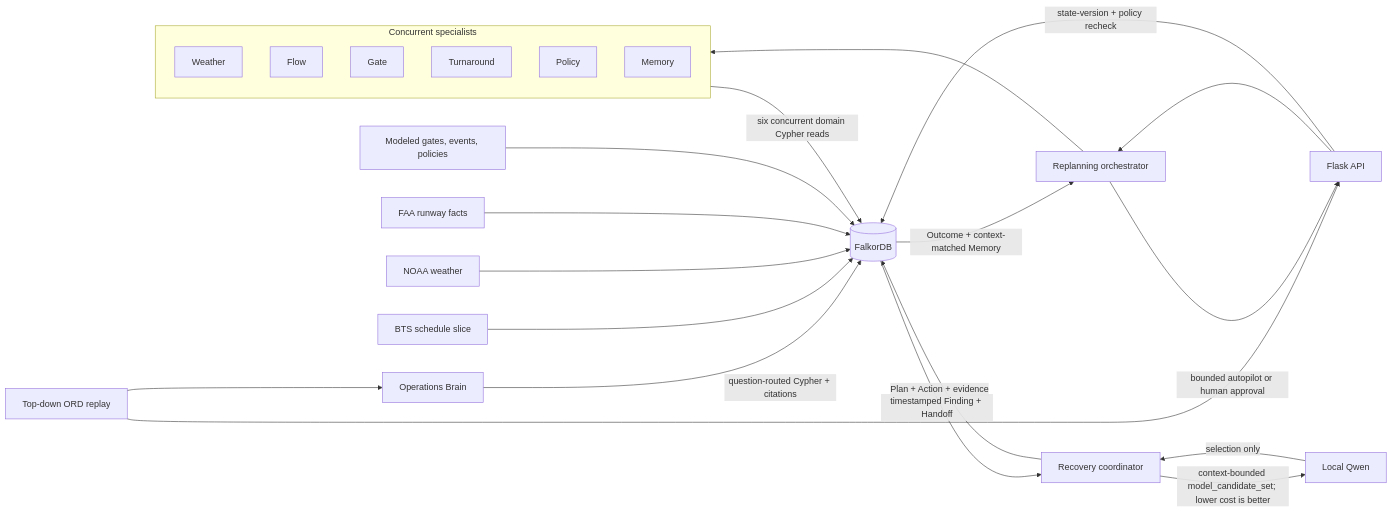
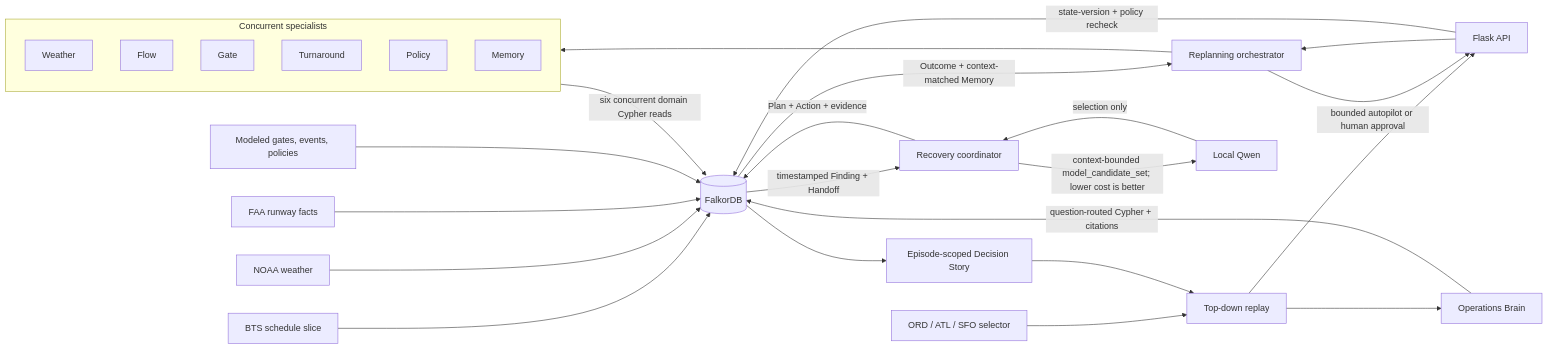
The diagram in docs/architecture.md (SuVI3010/groundgraph), drawn with Mermaid before and after one commit. The commit also changed other lines of this file and 23 other files, not shown here.

Commit message:
feat: simplify decision story and add multi-airport replay

````diff
--- a/docs/architecture.md
+++ b/docs/architecture.md
@@ -5,31 +5,34 @@
 ```mermaid
 flowchart LR
-    UI[Top-down ORD replay] --> API[Flask API]
+    PICK[ORD / ATL / SFO selector] --> UI[Top-down replay]
+    UI --> API[Flask API]
     API --> ORCH[Replanning orchestrator]
 
     subgraph AGENTS[Concurrent specialists]
       WX[Weather]
       FL[Flow]
       GA[Gate]
       TU[Turnaround]
       PO[Policy]
       ME[Memory]
     end
 
     ORCH --> AGENTS
     AGENTS -->|six concurrent domain Cypher reads| G[(FalkorDB)]
     G -->|timestamped Finding + Handoff| CO[Recovery coordinator]
     CO -->|context-bounded model_candidate_set; lower cost is better| Q[Local Qwen]
     Q -->|selection only| CO
     CO -->|Plan + Action + evidence| G
     ORCH -->|bounded autopilot or human approval| API
     API -->|state-version + policy recheck| G
     G -->|Outcome + context-matched Memory| ORCH
+    G --> STORY[Episode-scoped Decision Story]
+    STORY --> UI
     UI --> B[Operations Brain]
     B -->|question-routed Cypher + citations| G
 
     BTS[BTS schedule slice] --> G
     NOAA[NOAA weather] --> G
     FAA[FAA runway facts] --> G
     MODEL[Modeled gates, events, policies] --> G
 ```
````
